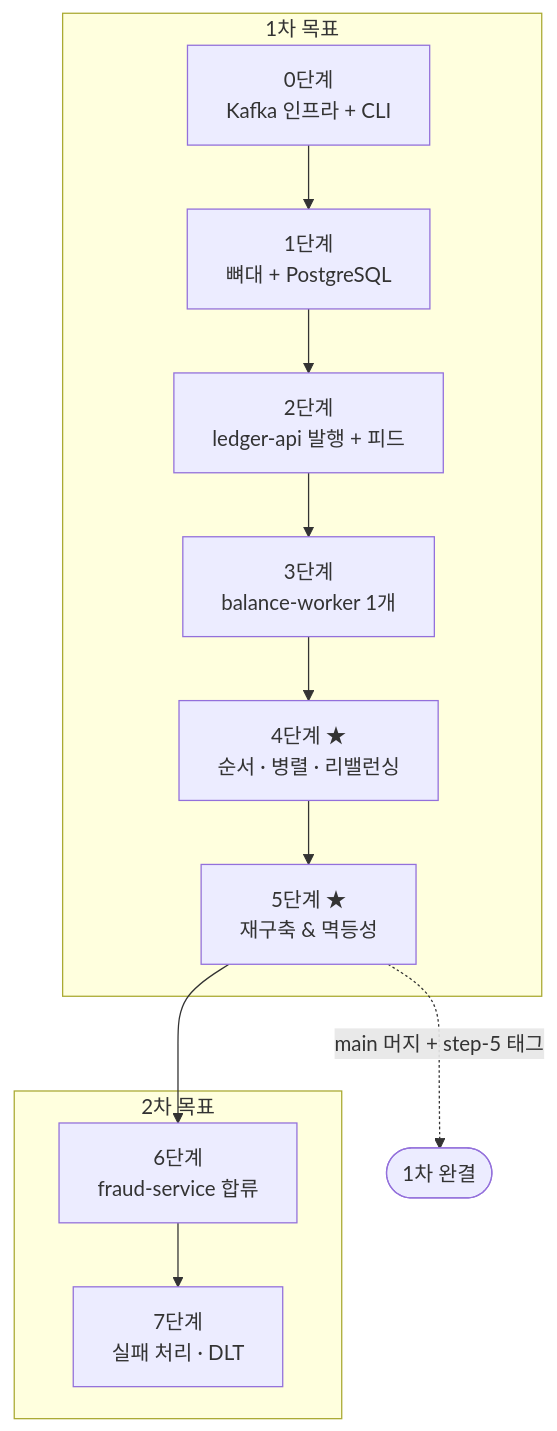
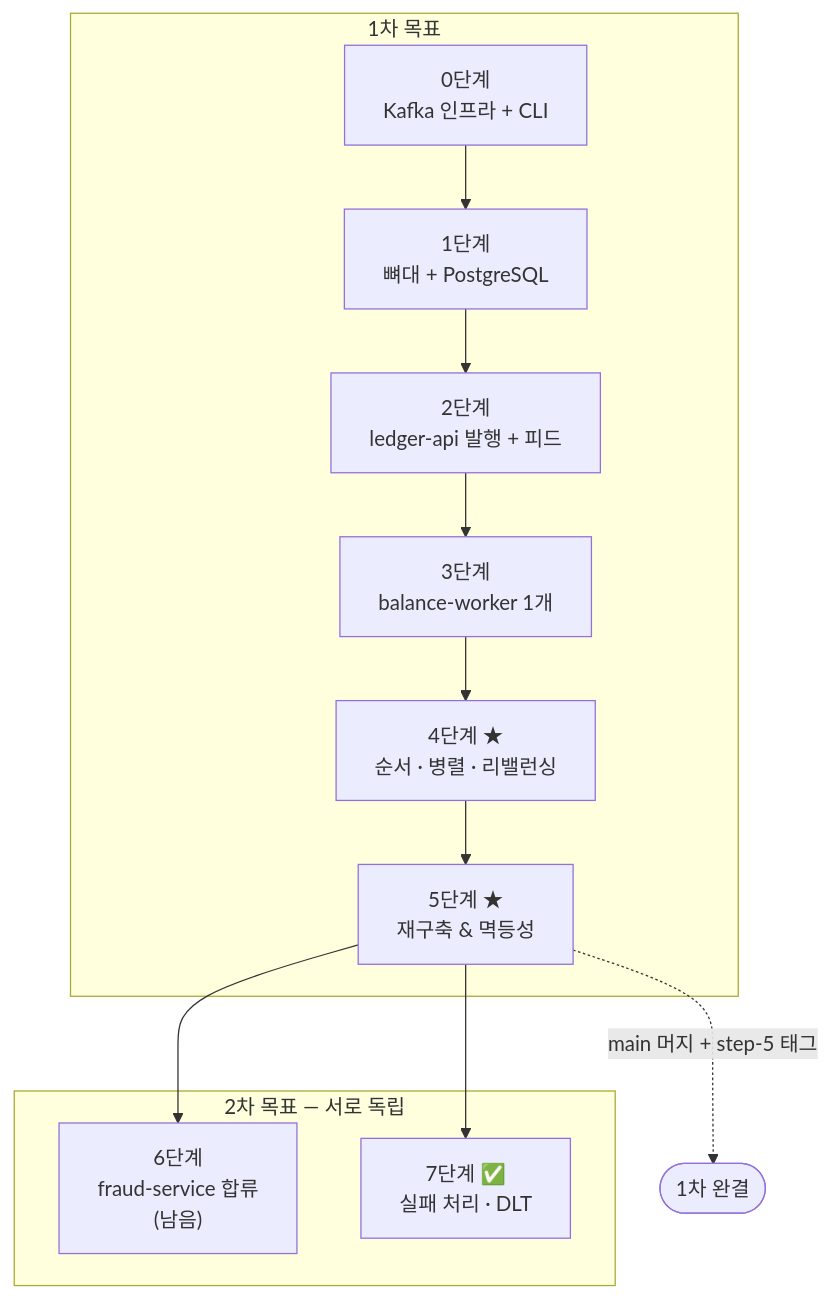
Before and after one commit to ytw9699/kafka_study: the diagram in docs/planning/04-roadmap.md, drawn with Mermaid. The commit also changed other lines of this file and 13 other files, not shown here.

````diff
--- a/docs/planning/04-roadmap.md
+++ b/docs/planning/04-roadmap.md
@@ -23,19 +23,19 @@
 ```mermaid
 flowchart TB
     subgraph P1["1차 목표"]
         S0["0단계<br/>Kafka 인프라 + CLI"]
         S1["1단계<br/>뼈대 + PostgreSQL"]
         S2["2단계<br/>ledger-api 발행 + 피드"]
         S3["3단계<br/>balance-worker 1개"]
         S4["4단계 ★<br/>순서 · 병렬 · 리밸런싱"]
         S5["5단계 ★<br/>재구축 & 멱등성"]
         S0 --> S1 --> S2 --> S3 --> S4 --> S5
     end
-    subgraph P2["2차 목표"]
-        S6["6단계<br/>fraud-service 합류"]
-        S7["7단계<br/>실패 처리 · DLT"]
-        S6 --> S7
+    subgraph P2["2차 목표 — 서로 독립"]
+        S6["6단계<br/>fraud-service 합류<br/>(남음)"]
+        S7["7단계 ✅<br/>실패 처리 · DLT"]
     end
     S5 --> S6
+    S5 --> S7
     S5 -.->|"main 머지 + step-5 태그"| DONE(["1차 완결"])
 ```
````
